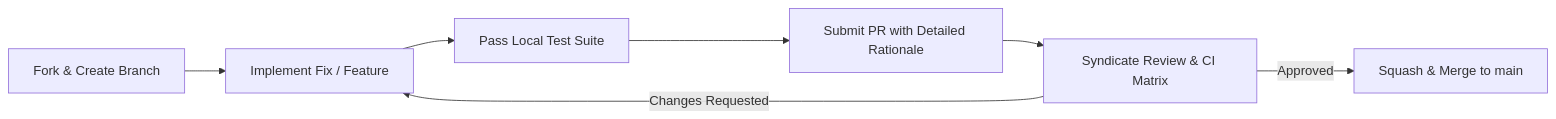
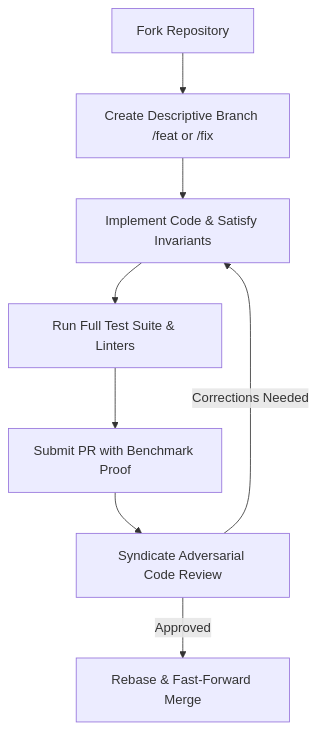
Before and after one commit to Jirnyak/starcluster: the second of 2 diagrams in CONTRIBUTING.md, drawn with Mermaid. The commit also changed other lines of this file, not shown here.

````diff
--- a/CONTRIBUTING.md
+++ b/CONTRIBUTING.md
@@ -71,9 +123,10 @@
 ```mermaid
-graph LR
-    A[Fork & Create Branch] --> B[Implement Fix / Feature]
-    B --> C[Pass Local Test Suite]
-    C --> D[Submit PR with Detailed Rationale]
-    D --> E[Syndicate Review & CI Matrix]
-    E -->|Approved| F[Squash & Merge to main]
-    E -->|Changes Requested| B
+graph TD
+    A[Fork Repository] --> B[Create Descriptive Branch /feat or /fix]
+    B --> C[Implement Code & Satisfy Invariants]
+    C --> D[Run Full Test Suite & Linters]
+    D --> E[Submit PR with Benchmark Proof]
+    E --> F[Syndicate Adversarial Code Review]
+    F -->|Approved| G[Rebase & Fast-Forward Merge]
+    F -->|Corrections Needed| C
 ```
````
